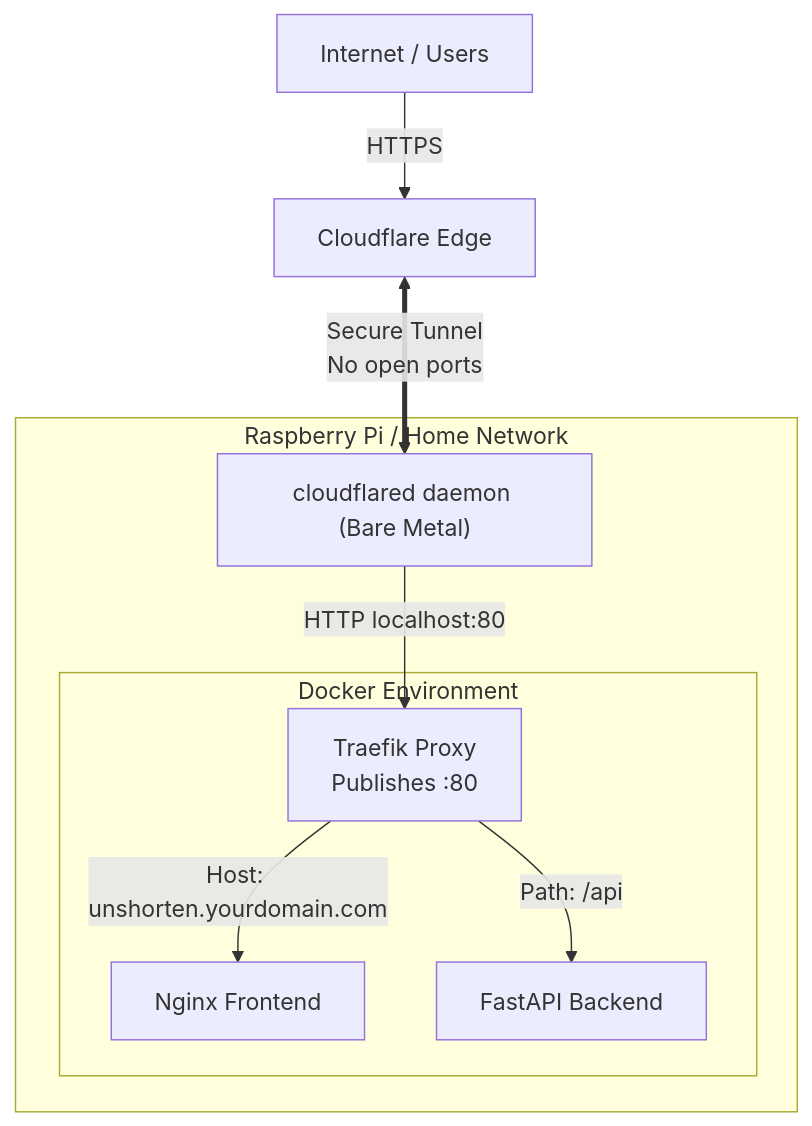
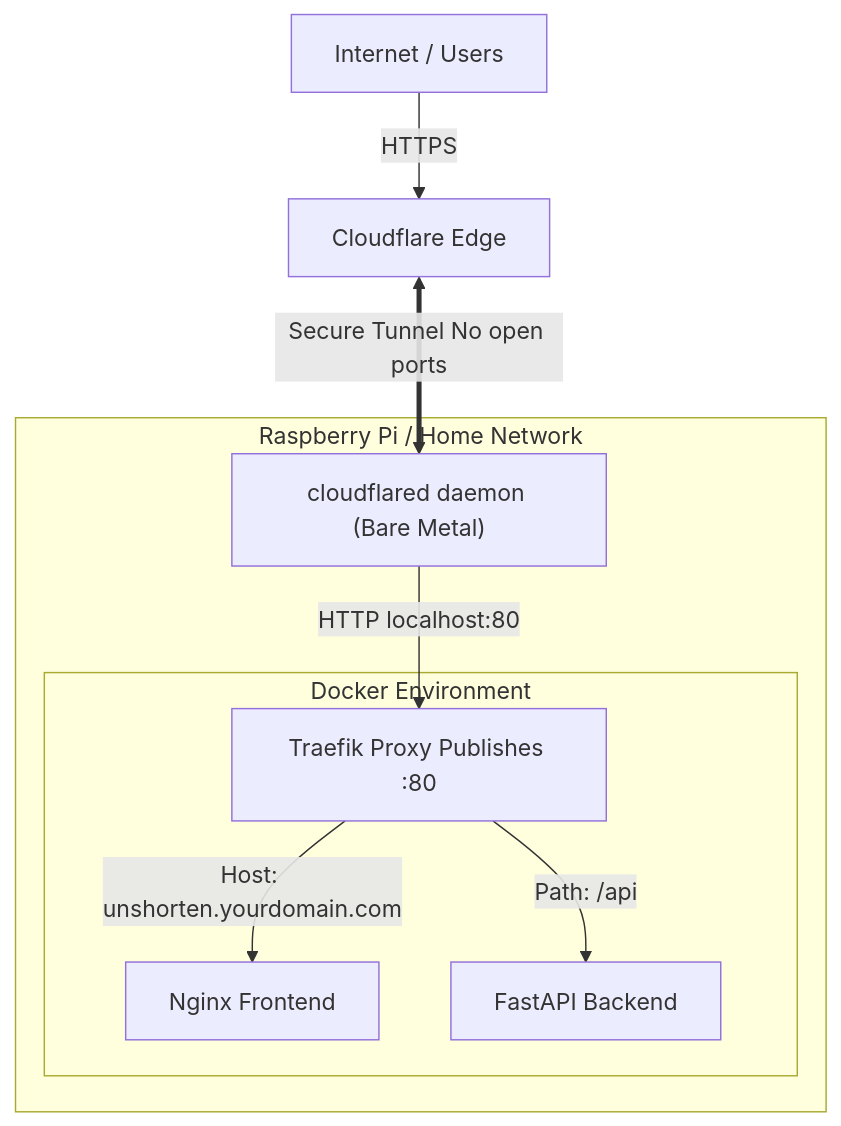
One commit to tirthankarkundu17/unshorten-it changed the third of 3 diagrams in docs/architecture.md. Above: the diagram before and after it, drawn with Mermaid. The commit also changed other lines of this file and 2 other files, not shown here.

````diff
--- a/docs/architecture.md
+++ b/docs/architecture.md
@@ -140,21 +157,21 @@
 ```mermaid
 graph TD
     Internet[Internet / Users]
     CF[Cloudflare Edge]
     
     subgraph Raspberry Pi / Home Network
         Cloudflared["cloudflared daemon (Bare Metal)"]
         
         subgraph Docker Environment
-            Traefik[Traefik Proxy\nPublishes :80]
+            Traefik[Traefik Proxy Publishes :80]
             Frontend[Nginx Frontend]
             Backend[FastAPI Backend]
         end
     end
 
     Internet -->|HTTPS| CF
-    CF <==>|Secure Tunnel\nNo open ports| Cloudflared
+    CF <==>|Secure Tunnel No open ports| Cloudflared
     Cloudflared -->|HTTP localhost:80| Traefik
     Traefik -->|Host: unshorten.yourdomain.com| Frontend
     Traefik -->|Path: /api| Backend
 ```
````
